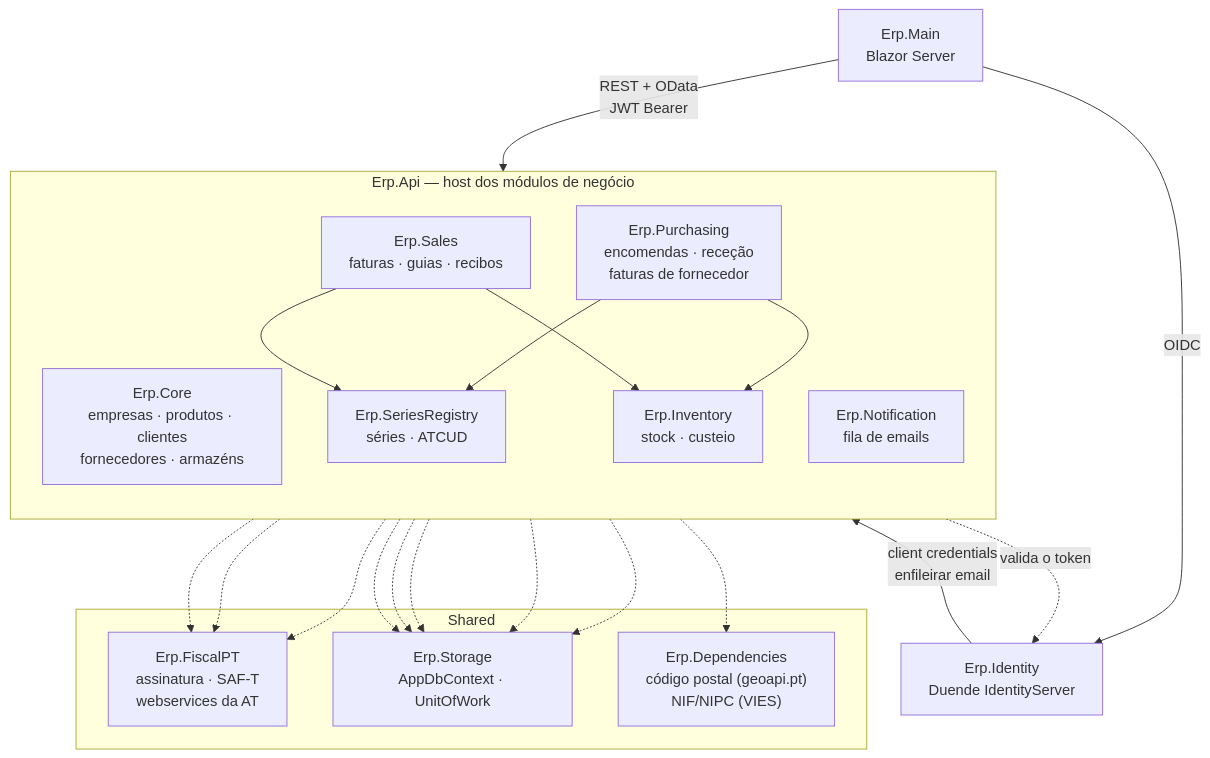
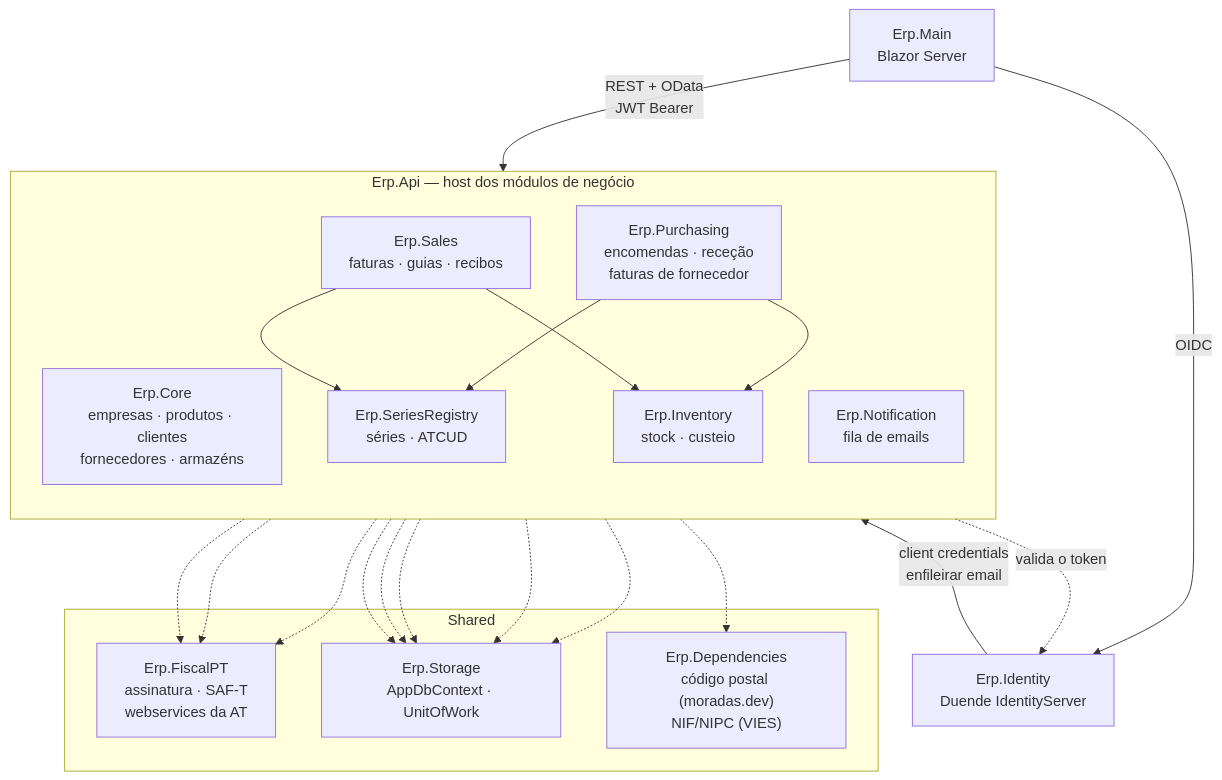
The first of 2 diagrams in README.md (luismagalhaes/erp), drawn with Mermaid before and after one commit. The commit also changed other lines of this file and 28 other files, not shown here.

First line of the commit message:
Migrate postal lookups and VIES parsing

````diff
--- a/README.md
+++ b/README.md
@@ -77,40 +77,40 @@
 ```mermaid
 graph TB
     subgraph API["Erp.Api — host dos módulos de negócio"]
         direction TB
         Core["Erp.Core<br/>empresas · produtos · clientes<br/>fornecedores · armazéns"]
         Series["Erp.SeriesRegistry<br/>séries · ATCUD"]
         Sales["Erp.Sales<br/>faturas · guias · recibos"]
         Purchasing["Erp.Purchasing<br/>encomendas · receção<br/>faturas de fornecedor"]
         Inventory["Erp.Inventory<br/>stock · custeio"]
         Notification["Erp.Notification<br/>fila de emails"]
 
         Sales --> Series
         Sales --> Inventory
         Purchasing --> Series
         Purchasing --> Inventory
     end
 
     subgraph Shared["Shared"]
         FiscalPT["Erp.FiscalPT<br/>assinatura · SAF-T<br/>webservices da AT"]
         Storage["Erp.Storage<br/>AppDbContext · UnitOfWork"]
-        Dependencies["Erp.Dependencies<br/>código postal (geoapi.pt)<br/>NIF/NIPC (VIES)"]
+        Dependencies["Erp.Dependencies<br/>código postal (moradas.dev)<br/>NIF/NIPC (VIES)"]
     end
 
     Sales -.-> FiscalPT
     Purchasing -.-> FiscalPT
     Series -.-> FiscalPT
     Core -.-> Storage
     Sales -.-> Storage
     Purchasing -.-> Storage
     Inventory -.-> Storage
     Notification -.-> Storage
     Core -.-> Dependencies
 
     Main["Erp.Main<br/>Blazor Server"] -->|"REST + OData<br/>JWT Bearer"| API
     Identity["Erp.Identity<br/>Duende IdentityServer"]
 
     Main -->|OIDC| Identity
     API -.->|valida o token| Identity
     Identity -->|"client credentials<br/>enfileirar email"| Notification
 ```
````
